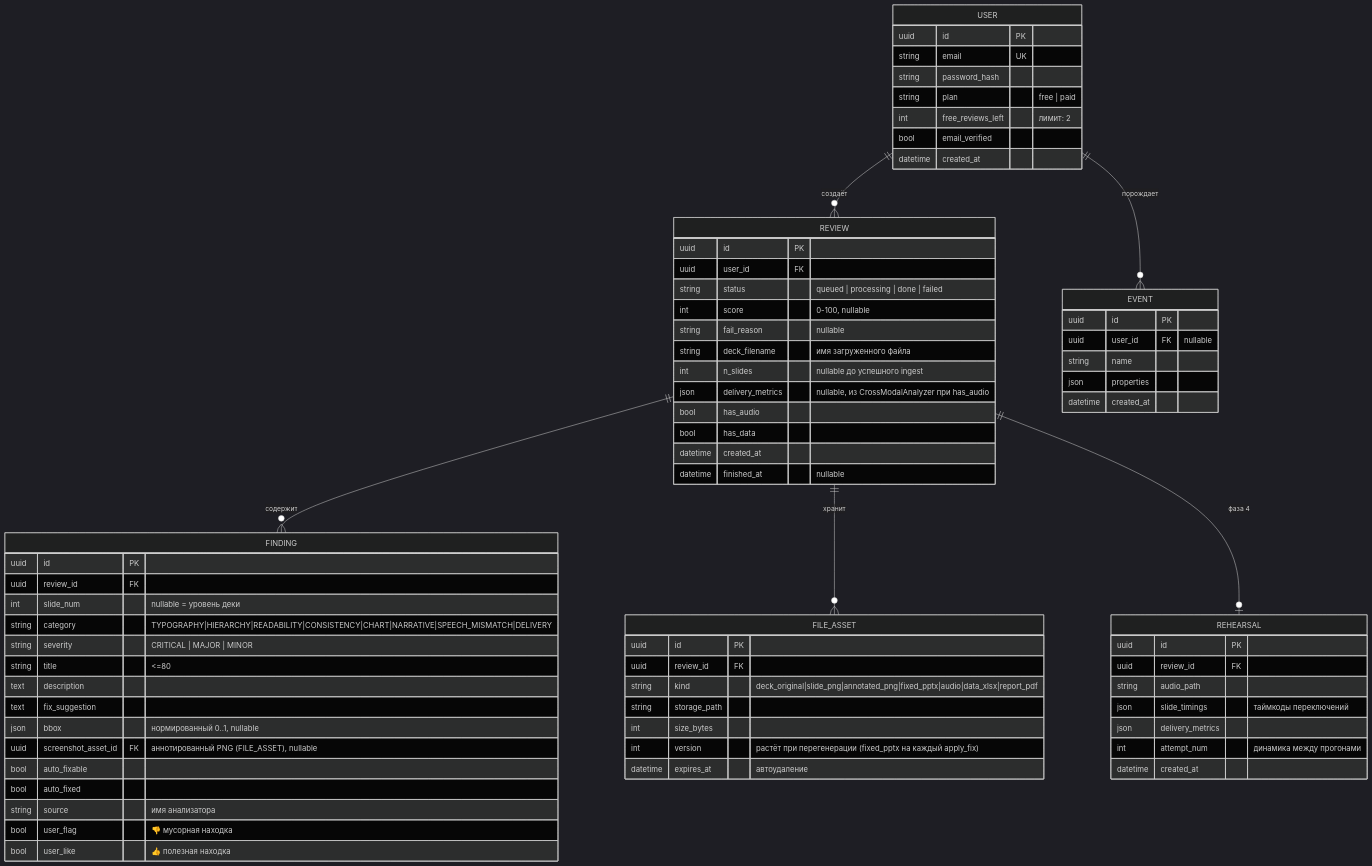
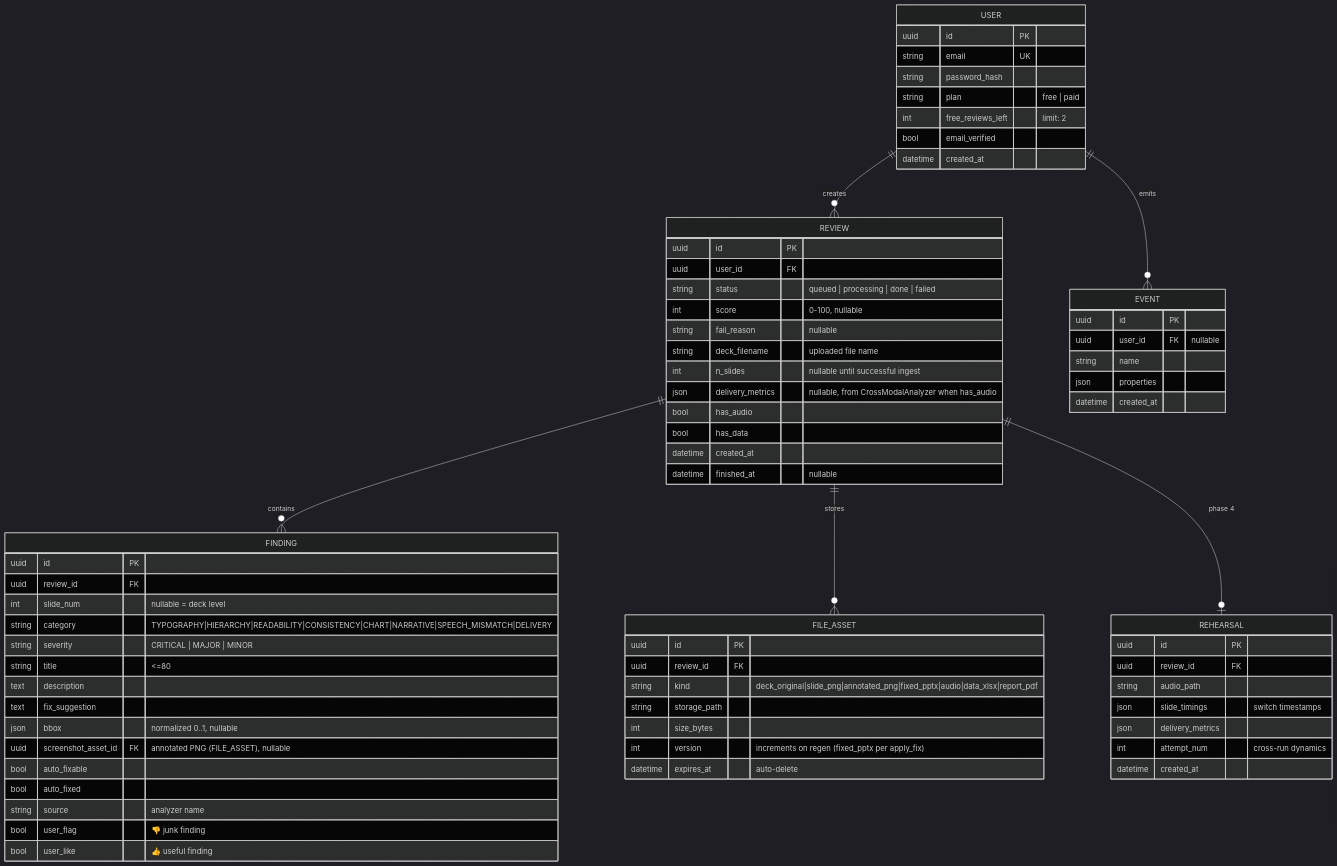
Before and after one commit to SlideLens/Achitecture: the fifth of 6 diagrams in docs/C4.md, drawn with Mermaid (dark theme). The commit also changed other lines of this file and 24 other files, not shown here.

````diff
--- a/docs/C4.md
+++ b/docs/C4.md
@@ -169,74 +169,74 @@
 ```mermaid
 erDiagram
-    USER ||--o{ REVIEW : "создаёт"
-    REVIEW ||--o{ FINDING : "содержит"
-    REVIEW ||--o{ FILE_ASSET : "хранит"
-    REVIEW ||--o| REHEARSAL : "фаза 4"
-    USER ||--o{ EVENT : "порождает"
+    USER ||--o{ REVIEW : "creates"
+    REVIEW ||--o{ FINDING : "contains"
+    REVIEW ||--o{ FILE_ASSET : "stores"
+    REVIEW ||--o| REHEARSAL : "phase 4"
+    USER ||--o{ EVENT : "emits"
 
     USER {
         uuid id PK
         string email UK
         string password_hash
         string plan "free | paid"
-        int free_reviews_left "лимит: 2"
+        int free_reviews_left "limit: 2"
         bool email_verified
         datetime created_at
     }
     REVIEW {
         uuid id PK
         uuid user_id FK
         string status "queued | processing | done | failed"
         int score "0-100, nullable"
         string fail_reason "nullable"
-        string deck_filename "имя загруженного файла"
-        int n_slides "nullable до успешного ingest"
-        json delivery_metrics "nullable, из CrossModalAnalyzer при has_audio"
+        string deck_filename "uploaded file name"
+        int n_slides "nullable until successful ingest"
+        json delivery_metrics "nullable, from CrossModalAnalyzer when has_audio"
         bool has_audio
         bool has_data
         datetime created_at
         datetime finished_at "nullable"
     }
     FINDING {
         uuid id PK
         uuid review_id FK
-        int slide_num "nullable = уровень деки"
+        int slide_num "nullable = deck level"
         string category "TYPOGRAPHY|HIERARCHY|READABILITY|CONSISTENCY|CHART|NARRATIVE|SPEECH_MISMATCH|DELIVERY"
         string severity "CRITICAL | MAJOR | MINOR"
         string title "<=80"
         text description
         text fix_suggestion
-        json bbox "нормированный 0..1, nullable"
-        uuid screenshot_asset_id FK "аннотированный PNG (FILE_ASSET), nullable"
+        json bbox "normalized 0..1, nullable"
+        uuid screenshot_asset_id FK "annotated PNG (FILE_ASSET), nullable"
         bool auto_fixable
         bool auto_fixed
-        string source "имя анализатора"
-        bool user_flag "👎 мусорная находка"
-        bool user_like "👍 полезная находка"
+        string source "analyzer name"
+        bool user_flag "👎 junk finding"
+        bool user_like "👍 useful finding"
     }
     FILE_ASSET {
         uuid id PK
         uuid review_id FK
         string kind "deck_original|slide_png|annotated_png|fixed_pptx|audio|data_xlsx|report_pdf"
         string storage_path
         int size_bytes
-        int version "растёт при перегенерации (fixed_pptx на каждый apply_fix)"
-        datetime expires_at "автоудаление"
+        int version "increments on regen (fixed_pptx per apply_fix)"
+        datetime expires_at "auto-delete"
     }
     EVENT {
         uuid id PK
         uuid user_id FK "nullable"
         string name
         json properties
         datetime created_at
     }
     REHEARSAL {
         uuid id PK
         uuid review_id FK
         string audio_path
-        json slide_timings "таймкоды переключений"
+        json slide_timings "switch timestamps"
         json delivery_metrics
-        int attempt_num "динамика между прогонами"
+        int attempt_num "cross-run dynamics"
         datetime created_at
     }
 ```
````
